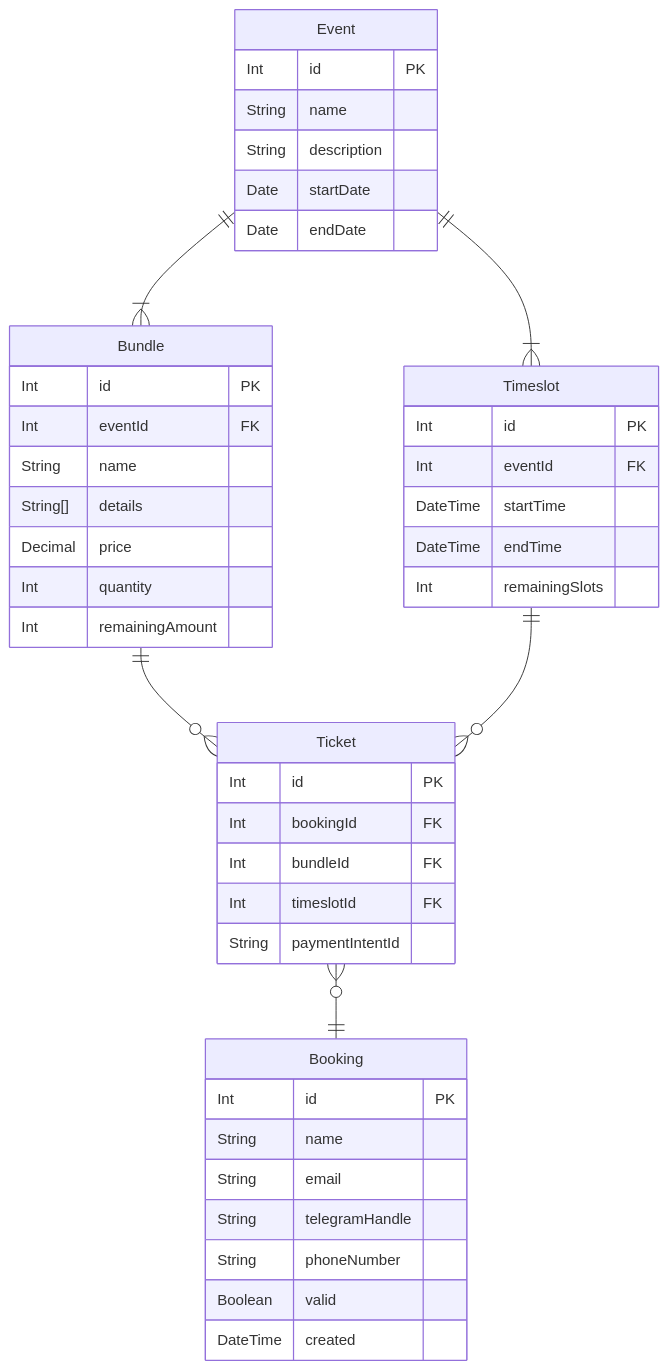
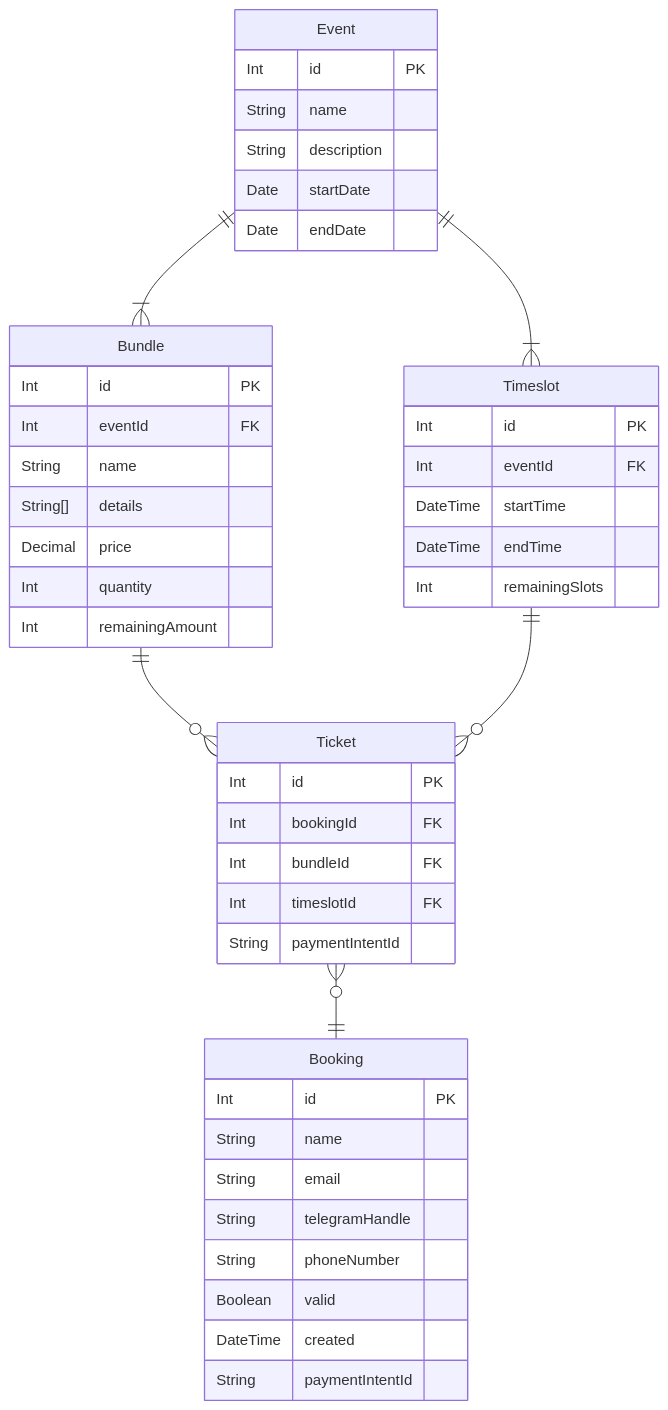
The first of 2 diagrams in docs/er-diagram.md (GTD-IT-XXIV/gtd-xxvi-website), drawn with Mermaid before and after one commit. The commit also changed other lines of this file and 3 other files, not shown here.

First line of the commit message:
feat: update schema & docs

````diff
--- a/docs/er-diagram.md
+++ b/docs/er-diagram.md
@@ -5,48 +5,49 @@
 ```mermaid
 erDiagram
   Event {
     Int id PK
     String name
     String description
     Date startDate
     Date endDate
   }
   Bundle {
     Int id PK
     Int eventId FK
     String name
     String[] details
     Decimal price
     Int quantity
     Int remainingAmount
   }
   Timeslot {
     Int id PK
     Int eventId FK
     DateTime startTime
     DateTime endTime
     Int remainingSlots
   }
   Ticket {
     Int id PK
     Int bookingId FK
     Int bundleId FK
     Int timeslotId FK
     String paymentIntentId
   }
   Booking {
     Int id PK
     String name
     String email
     String telegramHandle
     String phoneNumber
     Boolean valid
     DateTime created
+    String paymentIntentId
   }
 
   Event ||--|{ Bundle : ""
   Event ||--|{ Timeslot : ""
   Bundle ||--o{ Ticket : ""
   Timeslot ||--o{ Ticket : ""
   Ticket }o--|| Booking : ""
 ```
````
